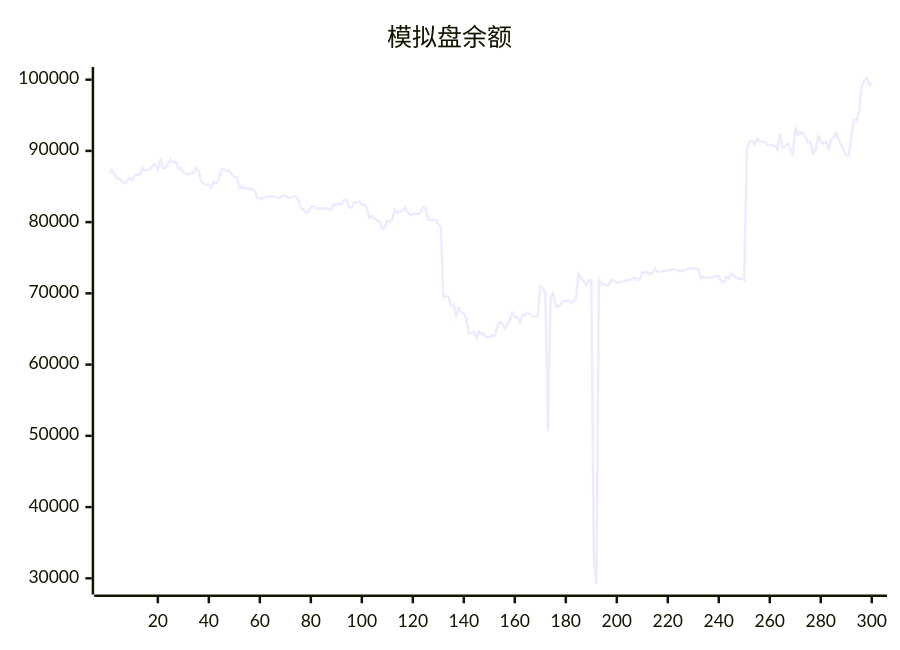
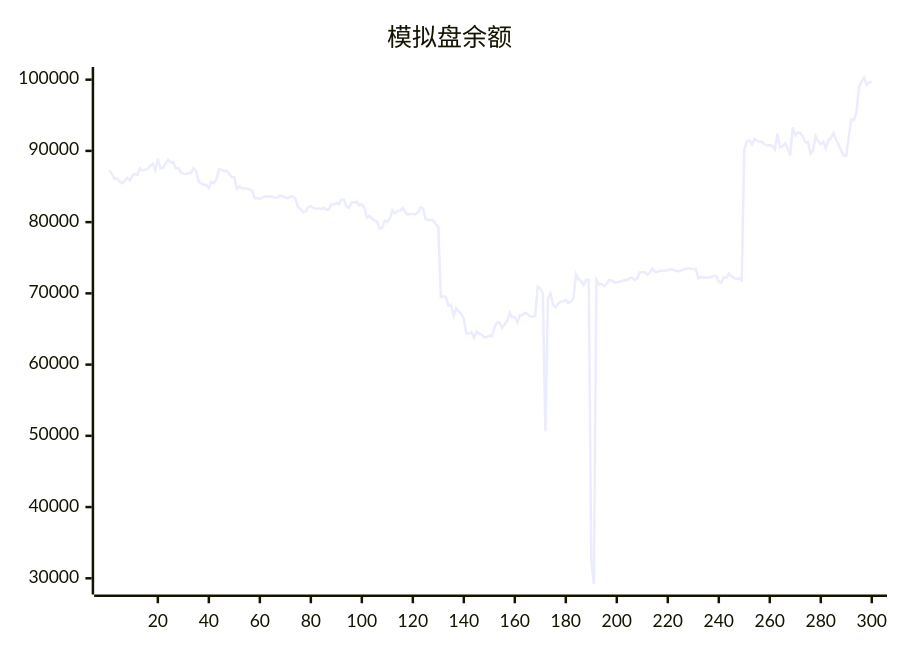
The diagram in README.md (aahl/ai-trading), drawn with Mermaid before and after one commit. The commit also changed other lines of this file and 1 other file, not shown here.

````diff
--- a/README.md
+++ b/README.md
@@ -5,5 +5,5 @@
 ```mermaid
 xychart
     title "模拟盘余额"
-    line [86920,87313,86737,86094,86143,85725,85437,85787,86219,85859,86526,86740,86630,87563,87264,87335,87483,87886,88180,87335,88894,87544,87608,88207,88755,88401,88444,87543,87608,87000,86810,86740,86894,86884,87576,87209,85686,85435,85251,85255,84820,85689,85453,86066,87420,87373,87161,87178,86740,86341,86315,84643,85012,84772,84768,84690,84635,84376,83360,83357,83259,83474,83608,83606,83602,83548,83440,83454,83724,83644,83464,83365,83590,83592,83275,82072,81806,81344,81492,82109,82254,82006,81848,81955,81829,82022,81769,81776,82522,82441,82656,82498,83144,83144,82150,82038,82797,82763,82872,82367,82536,81981,80612,80862,80484,80242,80034,79063,79245,80226,80016,80507,81625,81233,81544,81578,82016,81401,81019,81186,81130,81118,81306,82066,81909,80392,80304,80291,80258,79729,79261,69466,69579,69456,68251,68415,66832,67911,67462,67144,66432,64380,64375,64606,63740,64647,64324,64216,63842,63877,64078,64008,65156,65945,65888,65157,65625,66144,67284,66653,66639,65924,66925,66956,67263,67108,66766,66729,66886,70927,70673,70049,50652,69334,69973,68400,68061,68578,68876,68879,69055,68662,68822,69329,72687,71999,71760,71162,71911,71896,32500,29218,71927,71297,71305,71044,71337,71883,71822,71536,71536,71622,71723,71880,71860,72100,72216,71887,72077,72940,72976,72966,72638,72948,73497,73004,73041,73173,73160,73186,73258,73375,73351,73173,73098,73161,73305,73474,73536,73457,73413,73412,72100,72333,72164,72272,72204,72285,72461,72421,71652,71521,72267,72157,72774,72424,72144,72060,72091,71858,90185,91338,91466,90900,91678,91404,91268,91244,90903,90779,90787,90721,90187,92429,90518,90619,91070,90328,89376,93286,92202,92581,92485,91947,91196,91259,89619,90086,92063,91355,90950,91327,90373,91498,91800,92531,91603,90910,90031,89351,89334,92097,94406,94315,95455,98972,99763,100286,99229,99622]
+    line [87313,86737,86094,86143,85725,85437,85787,86219,85859,86526,86740,86630,87563,87264,87335,87483,87886,88180,87335,88894,87544,87608,88207,88755,88401,88444,87543,87608,87000,86810,86740,86894,86884,87576,87209,85686,85435,85251,85255,84820,85689,85453,86066,87420,87373,87161,87178,86740,86341,86315,84643,85012,84772,84768,84690,84635,84376,83360,83357,83259,83474,83608,83606,83602,83548,83440,83454,83724,83644,83464,83365,83590,83592,83275,82072,81806,81344,81492,82109,82254,82006,81848,81955,81829,82022,81769,81776,82522,82441,82656,82498,83144,83144,82150,82038,82797,82763,82872,82367,82536,81981,80612,80862,80484,80242,80034,79063,79245,80226,80016,80507,81625,81233,81544,81578,82016,81401,81019,81186,81130,81118,81306,82066,81909,80392,80304,80291,80258,79729,79261,69466,69579,69456,68251,68415,66832,67911,67462,67144,66432,64380,64375,64606,63740,64647,64324,64216,63842,63877,64078,64008,65156,65945,65888,65157,65625,66144,67284,66653,66639,65924,66925,66956,67263,67108,66766,66729,66886,70927,70673,70049,50652,69334,69973,68400,68061,68578,68876,68879,69055,68662,68822,69329,72687,71999,71760,71162,71911,71896,32500,29218,71927,71297,71305,71044,71337,71883,71822,71536,71536,71622,71723,71880,71860,72100,72216,71887,72077,72940,72976,72966,72638,72948,73497,73004,73041,73173,73160,73186,73258,73375,73351,73173,73098,73161,73305,73474,73536,73457,73413,73412,72100,72333,72164,72272,72204,72285,72461,72421,71652,71521,72267,72157,72774,72424,72144,72060,72091,71858,90185,91338,91466,90900,91678,91404,91268,91244,90903,90779,90787,90721,90187,92429,90518,90619,91070,90328,89376,93286,92202,92581,92485,91947,91196,91259,89619,90086,92063,91355,90950,91327,90373,91498,91800,92531,91603,90910,90031,89351,89334,92097,94406,94315,95455,98972,99763,100286,99229,99622,99701]
 ```
````
